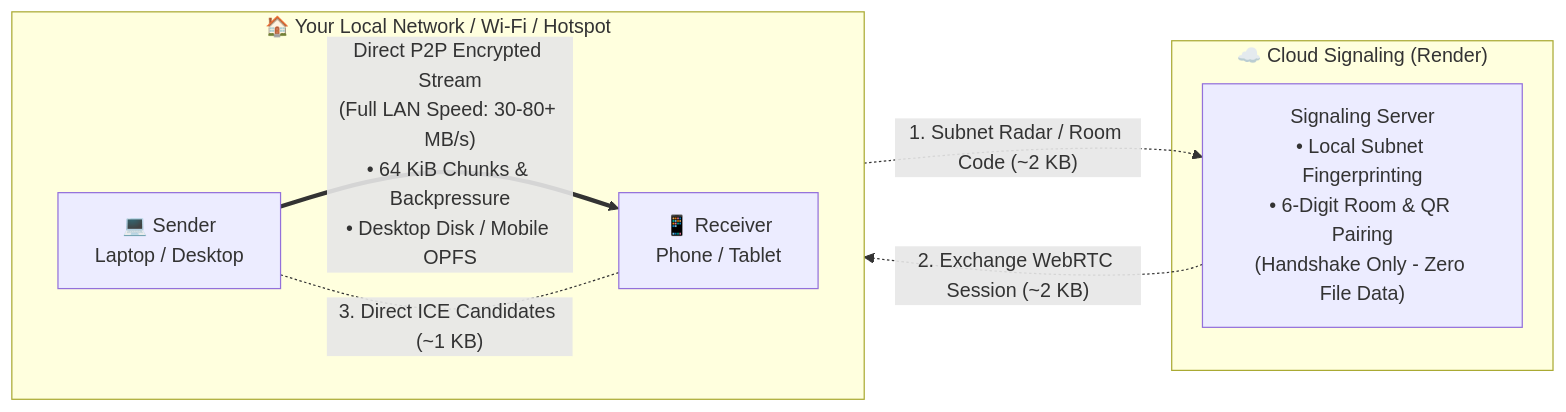
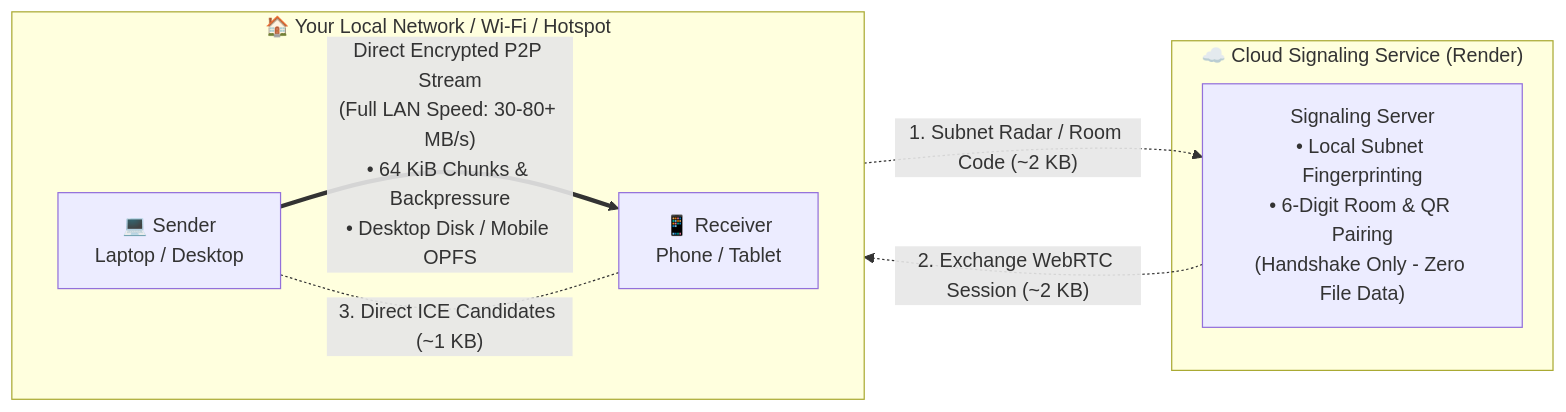
The first of 2 diagrams in README.md (bilalzulfiqar-pk/lan-share), drawn with Mermaid before and after one commit. The commit also changed other lines of this file and 3 other files, not shown here.

````diff
--- a/README.md
+++ b/README.md
@@ -72,18 +100,18 @@
 ```mermaid
 flowchart LR
-    subgraph Cloud ["☁️ Cloud Signaling (Render)"]
+    subgraph Cloud ["☁️ Cloud Signaling Service (Render)"]
         Server["Signaling Server<br/>• Local Subnet Fingerprinting<br/>• 6-Digit Room & QR Pairing<br/>(Handshake Only - Zero File Data)"]
     end
 
     subgraph LocalNet ["🏠 Your Local Network / Wi-Fi / Hotspot"]
         direction LR
         DevA["💻 Sender<br/>Laptop / Desktop"]
         DevB["📱 Receiver<br/>Phone / Tablet"]
         
-        DevA == "Direct P2P Encrypted Stream<br/>(Full LAN Speed: 30-80+ MB/s)<br/>• 64 KiB Chunks & Backpressure<br/>• Desktop Disk / Mobile OPFS" ==> DevB
+        DevA == "Direct Encrypted P2P Stream<br/>(Full LAN Speed: 30-80+ MB/s)<br/>• 64 KiB Chunks & Backpressure<br/>• Desktop Disk / Mobile OPFS" ==> DevB
     end
 
     DevA -. "1. Subnet Radar / Room Code (~2 KB)" .-> Server
     Server -. "2. Exchange WebRTC Session (~2 KB)" .-> DevB
     DevA -. "3. Direct ICE Candidates (~1 KB)" .- DevB
 ```
````
